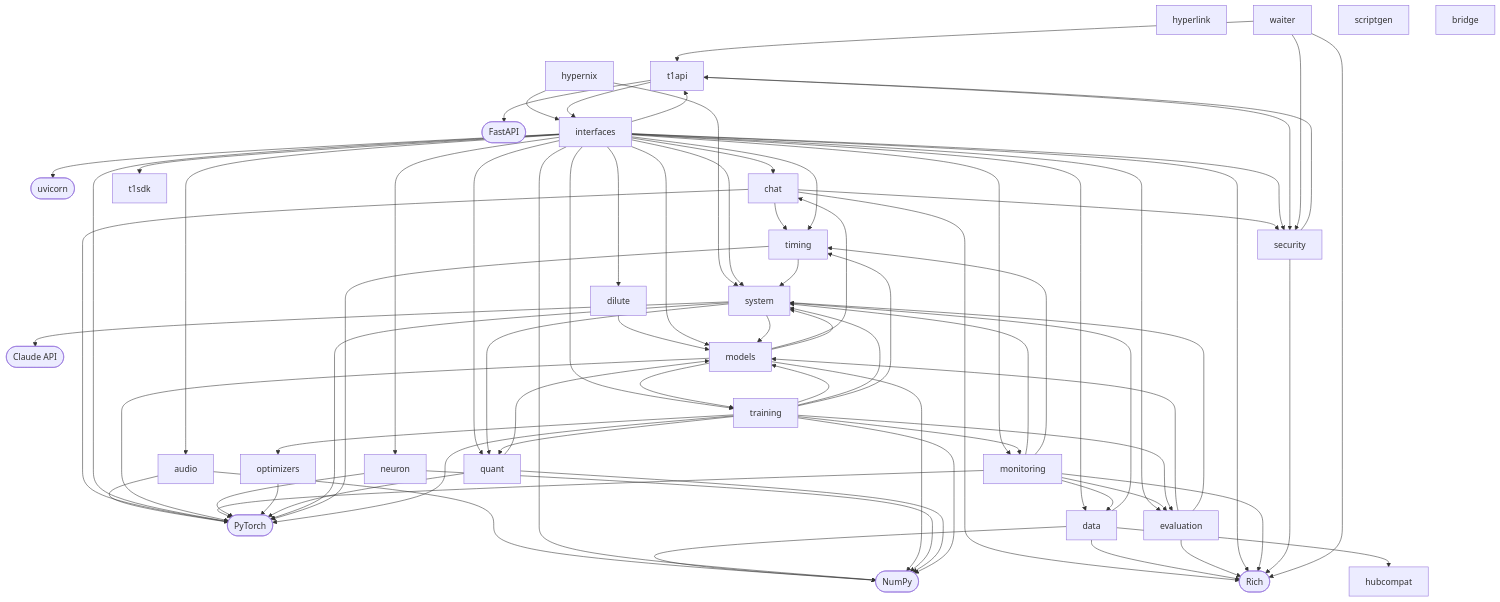
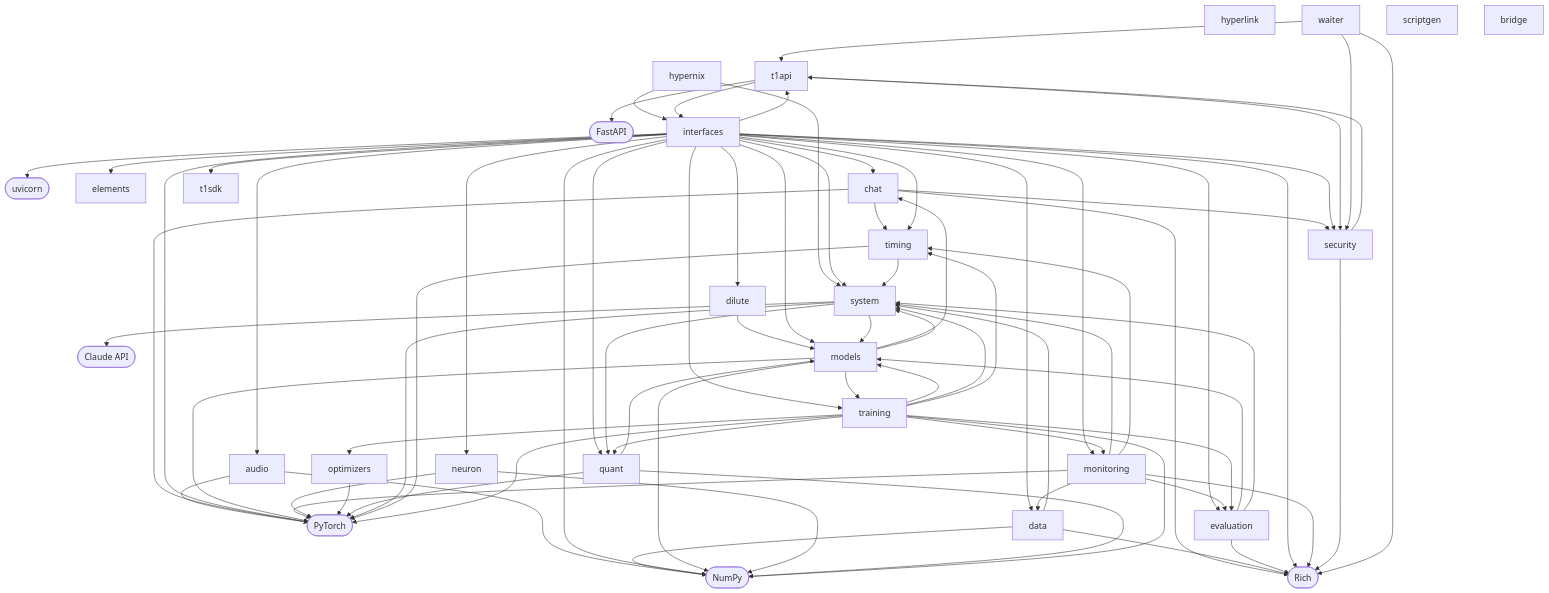
One commit to trail-b1az3r/HyperNix-pip changed the first of 2 diagrams in wiki/Architecture.md. Above: the diagram before and after it, drawn with Mermaid. The commit also changed 37 other files, not shown here.

```diff
--- a/wiki/Architecture.md
+++ b/wiki/Architecture.md
@@ -43,8 +43,8 @@
     dep_torch([PyTorch])
     dep_uvicorn([uvicorn])
     t1api["t1api"]
+    system["system"]
     quant["quant"]
-    system["system"]
     interfaces["interfaces"]
     hyperlink["hyperlink"]
     data["data"]
@@ -54,6 +54,7 @@
     optimizers["optimizers"]
     neuron["neuron"]
     waiter["waiter"]
+    elements["elements"]
     evaluation["evaluation"]
     scriptgen["scriptgen"]
     security["security"]
@@ -64,10 +65,8 @@
     t1sdk["t1sdk"]
     bridge["bridge"]
     hypernix["hypernix"]
-    hubcompat["hubcompat"]
     chat --> security
     chat --> timing
-    data --> hubcompat
     data --> system
     dilute --> models
     evaluation --> models
@@ -78,6 +77,7 @@
     interfaces --> chat
     interfaces --> data
     interfaces --> dilute
+    interfaces --> elements
     interfaces --> evaluation
     interfaces --> models
     interfaces --> monitoring
```
